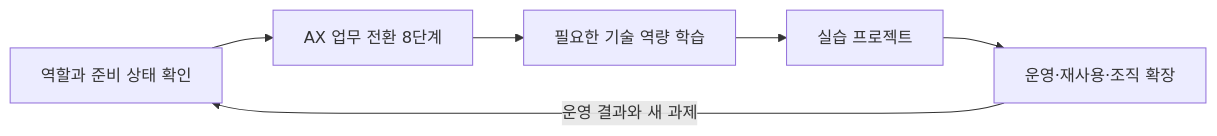
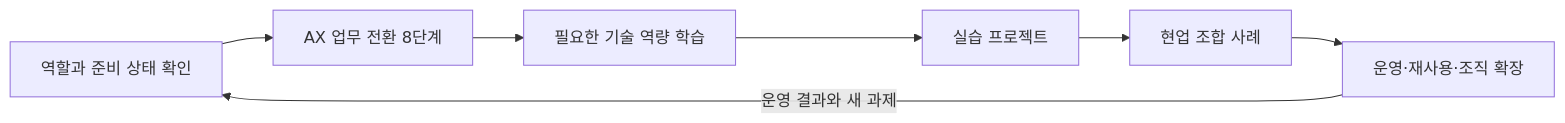
One commit to woogi-kang/ax-engineer-roadmap changed the diagram in README.md. Above: the diagram before and after it, drawn with Mermaid. The commit also changed other lines of this file and 35 other files, not shown here.

````diff
--- a/README.md
+++ b/README.md
@@ -45,8 +45,9 @@
 ```mermaid
 flowchart LR
     A["역할과 준비 상태 확인"] --> B["AX 업무 전환 8단계"]
     B --> C["필요한 기술 역량 학습"]
     C --> D["실습 프로젝트"]
-    D --> E["운영·재사용·조직 확장"]
-    E -->|"운영 결과와 새 과제"| A
+    D --> E["현업 조합 사례"]
+    E --> F["운영·재사용·조직 확장"]
+    F -->|"운영 결과와 새 과제"| A
 ```
````
